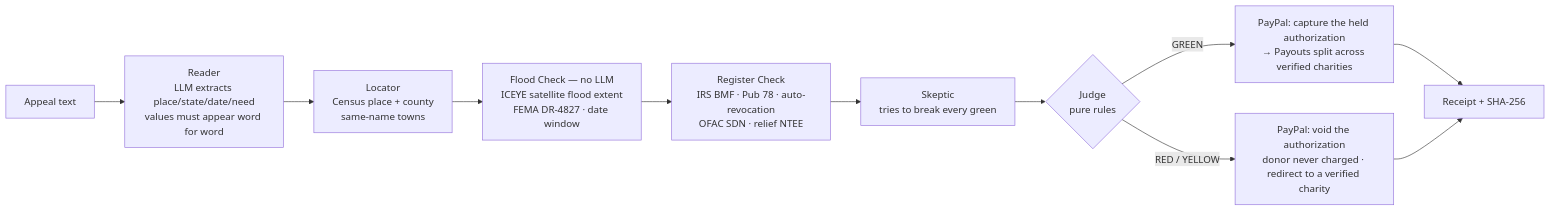
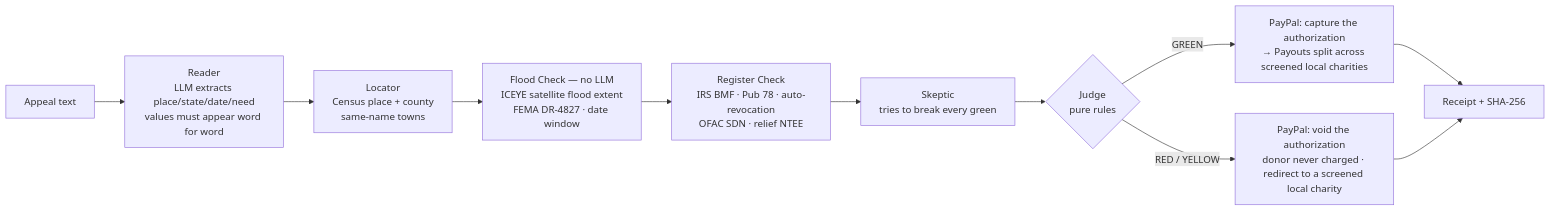
The diagram in README.md (micneeraj/lifeline), drawn with Mermaid before and after one commit. The commit also changed other lines of this file and 6 other files, not shown here.

First line of the commit message:
Trust boundary, PayPal timeline, charity follow-up request, proof clarity

````diff
--- a/README.md
+++ b/README.md
@@ -17,13 +94,13 @@
 ```mermaid
 flowchart LR
   A[Appeal text] --> R[Reader<br/>LLM extracts place/state/date/need<br/>values must appear word for word]
   R --> L[Locator<br/>Census place + county<br/>same-name towns]
   L --> F[Flood Check — no LLM<br/>ICEYE satellite flood extent<br/>FEMA DR-4827 · date window]
   F --> G[Register Check<br/>IRS BMF · Pub 78 · auto-revocation<br/>OFAC SDN · relief NTEE]
   G --> S[Skeptic<br/>tries to break every green]
   S --> J{Judge<br/>pure rules}
-  J -- GREEN --> P1[PayPal: capture the held authorization<br/>→ Payouts split across verified charities]
-  J -- RED / YELLOW --> P2[PayPal: void the authorization<br/>donor never charged · redirect to a verified charity]
+  J -- GREEN --> P1[PayPal: capture the authorization<br/>→ Payouts split across screened local charities]
+  J -- RED / YELLOW --> P2[PayPal: void the authorization<br/>donor never charged · redirect to a screened local charity]
   P1 --> RC[Receipt + SHA-256]
   P2 --> RC
 ```
````
